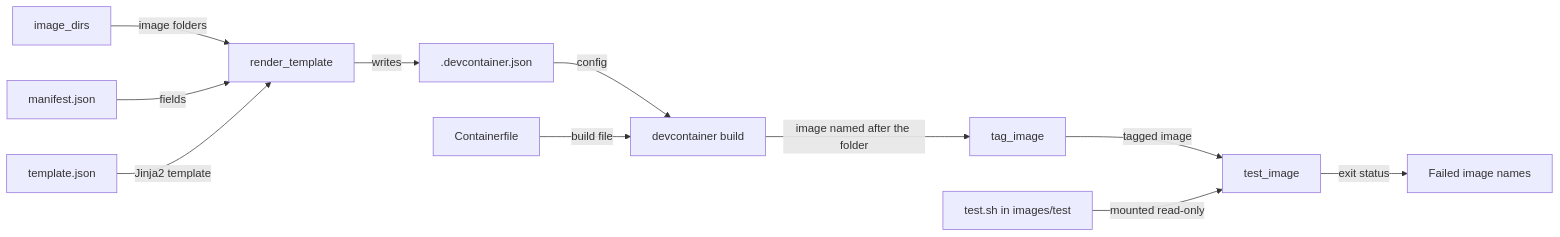
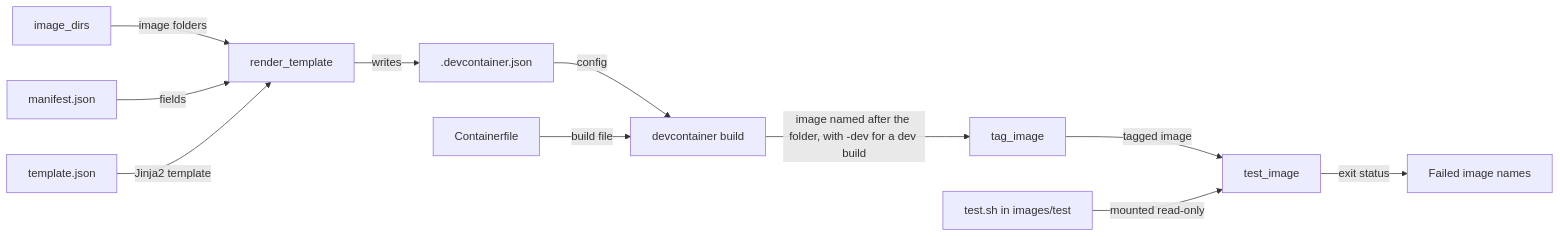
One commit to froazin/devcontainers changed the diagram in docs/container-images/overview.md. Above: the diagram before and after it, drawn with Mermaid. The commit also changed other lines of this file and 22 other files, not shown here.

First line of the commit message:
feat(images): Name dev builds <tag>-dev and add OCI labels

````diff
--- a/docs/container-images/overview.md
+++ b/docs/container-images/overview.md
@@ -21,15 +21,15 @@
 ```mermaid
 flowchart LR
     accTitle: The image pipeline
-    accDescr: image_dirs finds each image folder with a manifest.json and a template.json. The build renders template.json with the manifest into .devcontainer.json, builds it with devcontainer build and tags it with podman. The tests run test.sh from images/test in a podman container of the built image.
+    accDescr: image_dirs finds each image folder with a manifest.json and a template.json. The build renders template.json with the manifest into .devcontainer.json, builds it with devcontainer build, names it after the folder, with -dev for a dev build, and tags it with podman. The tests run test.sh from images/test in a podman container of the built image.
     discovery["image_dirs"] -->|image folders| render["render_template"]
     manifest["manifest.json"] -->|fields| render
     template["template.json"] -->|Jinja2 template| render
     render -->|writes| devcontainer[".devcontainer.json"]
     devcontainer -->|config| cli["devcontainer build"]
     containerfile["Containerfile"] -->|build file| cli
-    cli -->|image named after the folder| tag["tag_image"]
+    cli -->|image named after the folder, with -dev for a dev build| tag["tag_image"]
     tag -->|tagged image| test["test_image"]
     testsh["test.sh in images/test"] -->|mounted read-only| test
     test -->|exit status| result["Failed image names"]
 ```
````
